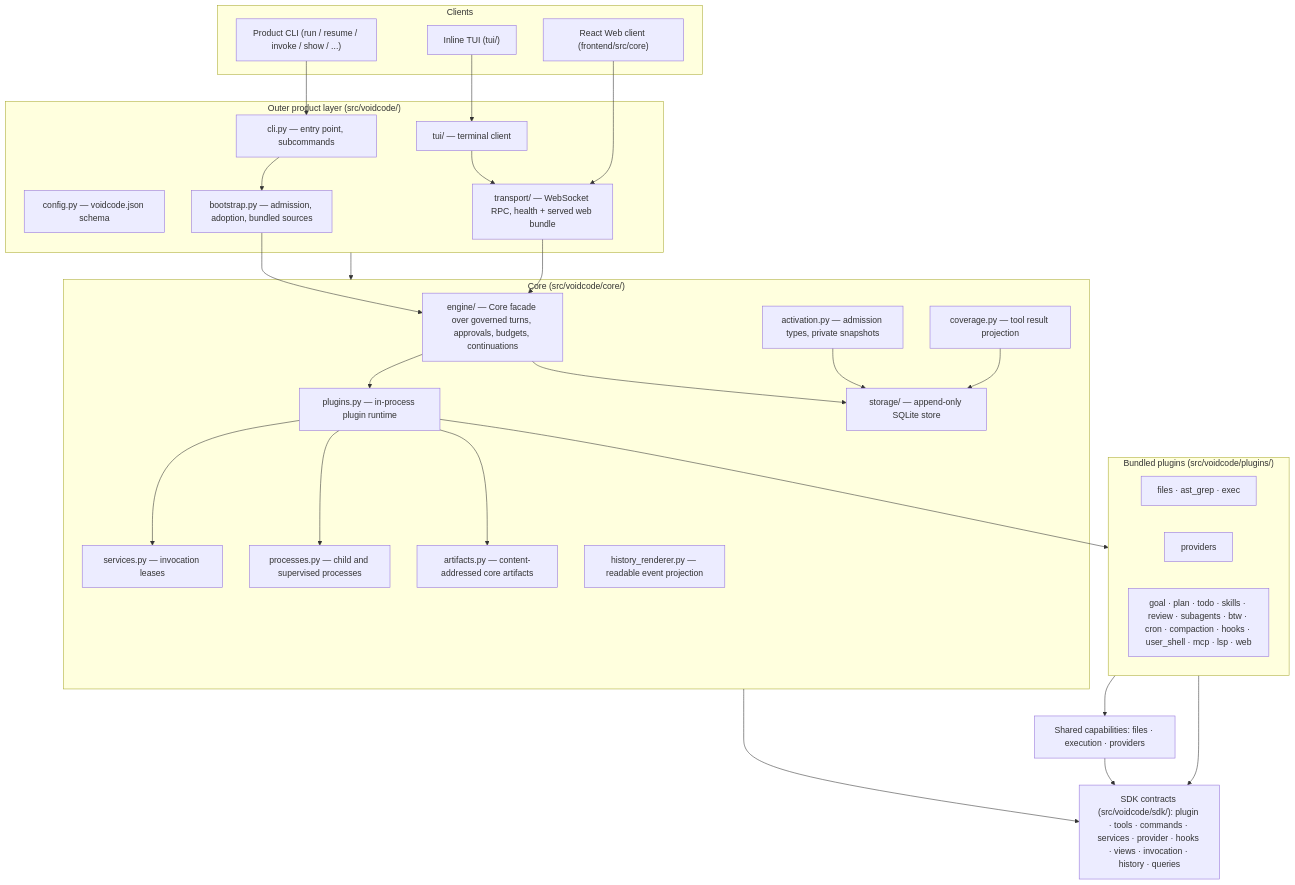
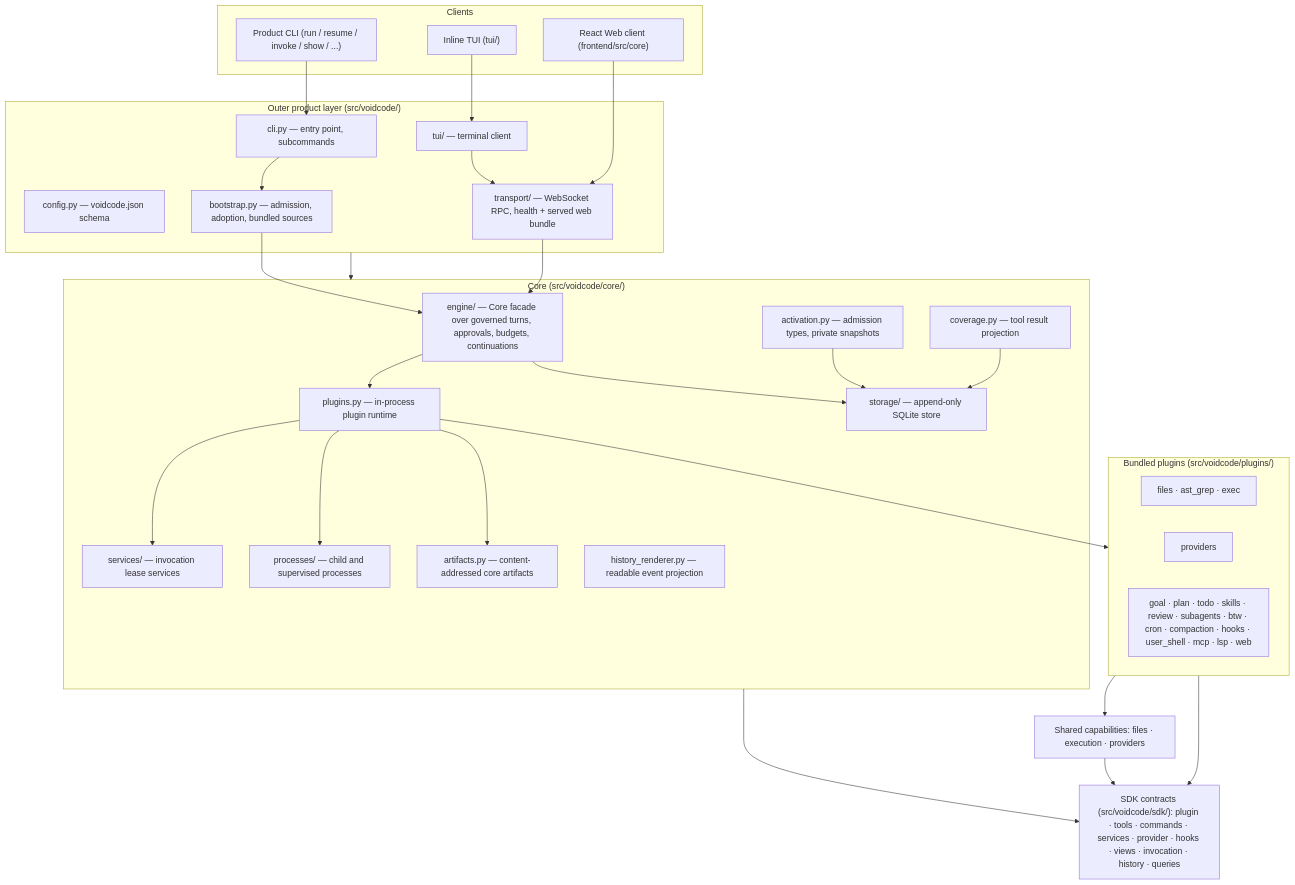
The diagram in docs/architecture.md (lei-jia-xing/voidcode), drawn with Mermaid before and after one commit. The commit also changed other lines of this file and 24 other files, not shown here.

````diff
--- a/docs/architecture.md
+++ b/docs/architecture.md
@@ -24,57 +24,57 @@
 ```mermaid
 graph TD
     subgraph Clients["Clients"]
         CLI["Product CLI (run / resume / invoke / show / ...)"]
         TUI["Inline TUI (tui/)"]
         Web["React Web client (frontend/src/core)"]
     end
 
     subgraph Outer["Outer product layer (src/voidcode/)"]
         CLIImpl["cli.py — entry point, subcommands"]
         Config["config.py — voidcode.json schema"]
         Bootstrap["bootstrap.py — admission, adoption, bundled sources"]
         Transport["transport/ — WebSocket RPC, health + served web bundle"]
         TUIImpl["tui/ — terminal client"]
     end
 
     subgraph Core["Core (src/voidcode/core/)"]
         Engine["engine/ — Core facade over governed turns, approvals, budgets, continuations"]
         Activation["activation.py — admission types, private snapshots"]
         Runtime["plugins.py — in-process plugin runtime"]
-        Services["services.py — invocation leases"]
-        Processes["processes.py — child and supervised processes"]
+        Services["services/ — invocation lease services"]
+        Processes["processes/ — child and supervised processes"]
         Storage["storage/ — append-only SQLite store"]
         Artifacts["artifacts.py — content-addressed core artifacts"]
         Coverage["coverage.py — tool result projection"]
         Renderer["history_renderer.py — readable event projection"]
     end
 
     subgraph Plugins["Bundled plugins (src/voidcode/plugins/)"]
         Files["files · ast_grep · exec"]
         Model["providers"]
         Product["goal · plan · todo · skills · review · subagents · btw · cron · compaction · hooks · user_shell · mcp · lsp · web"]
     end
 
     SDK["SDK contracts (src/voidcode/sdk/): plugin · tools · commands · services · provider · hooks · views · invocation · history · queries"]
 
     CLI --> CLIImpl
     TUI --> TUIImpl
     Web --> Transport
     TUIImpl --> Transport
     CLIImpl --> Bootstrap
     Bootstrap --> Engine
     Transport --> Engine
     Engine --> Runtime
     Engine --> Storage
     Activation --> Storage
     Coverage --> Storage
     Runtime --> Services
     Runtime --> Processes
     Runtime --> Artifacts
     Runtime --> Plugins
     Plugins --> Capabilities["Shared capabilities: files · execution · providers"]
     Capabilities --> SDK
     Core --> SDK
     Plugins --> SDK
     Outer --> Core
 ```
````
